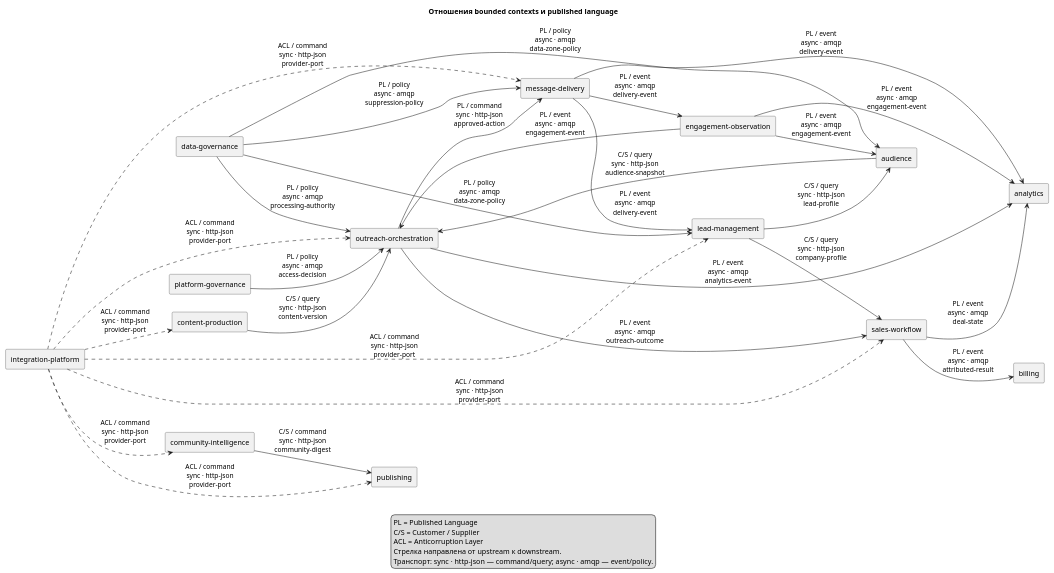
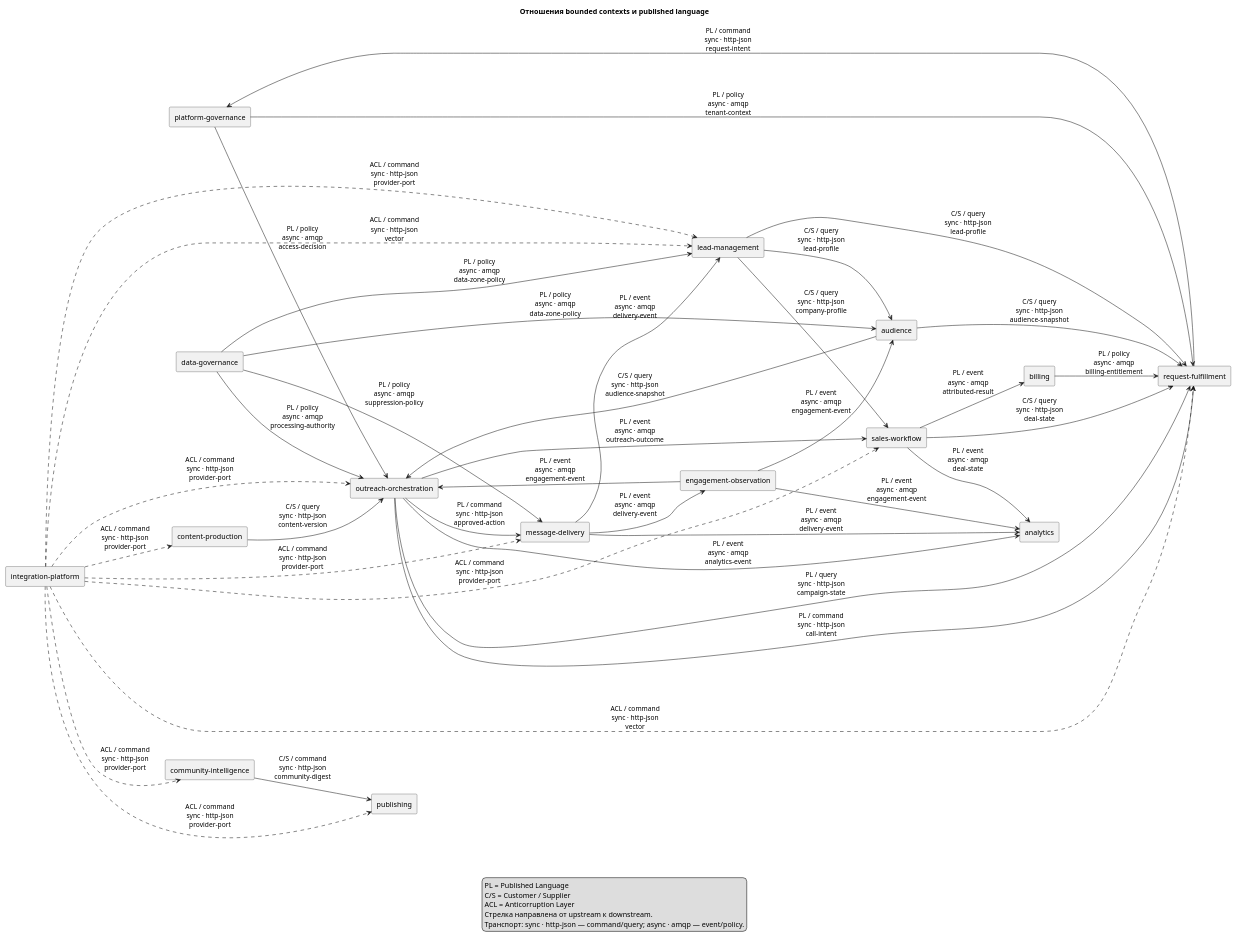
The diagram in architecture/diagrams/context-relationships.puml (kegazani/lead-gen), drawn with PlantUML before and after one commit. The commit also changed 286 other files, not shown here.

```diff
--- a/architecture/diagrams/context-relationships.puml
+++ b/architecture/diagrams/context-relationships.puml
@@ -1,74 +1,87 @@
 @startuml context-relationships
 title Отношения bounded contexts и published language
 left to right direction
 skinparam componentStyle rectangle
 skinparam shadowing false
 
 rectangle "platform-governance" as Platform
 rectangle "data-governance" as Governance
 rectangle "lead-management" as Leads
 rectangle "audience" as Audience
 rectangle "content-production" as Content
 rectangle "outreach-orchestration" as Outreach
 rectangle "message-delivery" as Delivery
 rectangle "engagement-observation" as Engagement
 rectangle "sales-workflow" as Sales
 rectangle "community-intelligence" as Community
 rectangle "publishing" as Publishing
 rectangle "analytics" as Analytics
 rectangle "billing" as Billing
 rectangle "integration-platform" as Integration
+rectangle "request-fulfillment" as Requests
 
 Governance --> Leads : PL / policy\nasync · amqp\ndata-zone-policy
 Governance --> Outreach : PL / policy\nasync · amqp\nprocessing-authority
 Governance --> Delivery : PL / policy\nasync · amqp\nsuppression-policy
 Governance --> Audience : PL / policy\nasync · amqp\ndata-zone-policy
 Leads --> Audience : C/S / query\nsync · http-json\nlead-profile
 Leads --> Sales : C/S / query\nsync · http-json\ncompany-profile
 Audience --> Outreach : C/S / query\nsync · http-json\naudience-snapshot
 Content --> Outreach : C/S / query\nsync · http-json\ncontent-version
 Outreach --> Delivery : PL / command\nsync · http-json\napproved-action
 Delivery --> Engagement : PL / event\nasync · amqp\ndelivery-event
 Delivery --> Leads : PL / event\nasync · amqp\ndelivery-event
 Engagement --> Outreach : PL / event\nasync · amqp\nengagement-event
 Engagement --> Audience : PL / event\nasync · amqp\nengagement-event
 Outreach --> Sales : PL / event\nasync · amqp\noutreach-outcome
 Sales --> Billing : PL / event\nasync · amqp\nattributed-result
 Community --> Publishing : C/S / command\nsync · http-json\ncommunity-digest
 Outreach --> Analytics : PL / event\nasync · amqp\nanalytics-event
 Delivery --> Analytics : PL / event\nasync · amqp\ndelivery-event
 Engagement --> Analytics : PL / event\nasync · amqp\nengagement-event
 Sales --> Analytics : PL / event\nasync · amqp\ndeal-state
 Platform --> Outreach : PL / policy\nasync · amqp\naccess-decision
 
 Integration ..> Leads : ACL / command\nsync · http-json\nprovider-port
+Integration ..> Leads : ACL / command\nsync · http-json\nvector
 Integration ..> Content : ACL / command\nsync · http-json\nprovider-port
 Integration ..> Delivery : ACL / command\nsync · http-json\nprovider-port
 Integration ..> Sales : ACL / command\nsync · http-json\nprovider-port
 Integration ..> Community : ACL / command\nsync · http-json\nprovider-port
 Integration ..> Publishing : ACL / command\nsync · http-json\nprovider-port
 Integration ..> Outreach : ACL / command\nsync · http-json\nprovider-port
+
+Platform --> Requests : PL / policy\nasync · amqp\ntenant-context
+Leads --> Requests : C/S / query\nsync · http-json\nlead-profile
+Audience --> Requests : C/S / query\nsync · http-json\naudience-snapshot
+Outreach --> Requests : PL / query\nsync · http-json\ncampaign-state
+Outreach --> Requests : PL / command\nsync · http-json\ncall-intent
+Requests --> Platform : PL / command\nsync · http-json\nrequest-intent
+Sales --> Requests : C/S / query\nsync · http-json\ndeal-state
+Billing --> Requests : PL / policy\nasync · amqp\nbilling-entitlement
+Integration ..> Requests : ACL / command\nsync · http-json\nvector
 
 legend bottom
   PL = Published Language
   C/S = Customer / Supplier
   ACL = Anticorruption Layer
   Стрелка направлена от upstream к downstream.
   Транспорт: sync · http-json — command/query; async · amqp — event/policy.
 endlegend
 
 ' CTX:platform-governance
 ' CTX:data-governance
 ' CTX:lead-management
 ' CTX:audience
 ' CTX:content-production
 ' CTX:outreach-orchestration
 ' CTX:message-delivery
 ' CTX:engagement-observation
 ' CTX:sales-workflow
 ' CTX:community-intelligence
 ' CTX:publishing
 ' CTX:analytics
 ' CTX:billing
 ' CTX:integration-platform
+' CTX:request-fulfillment
 @enduml
```
